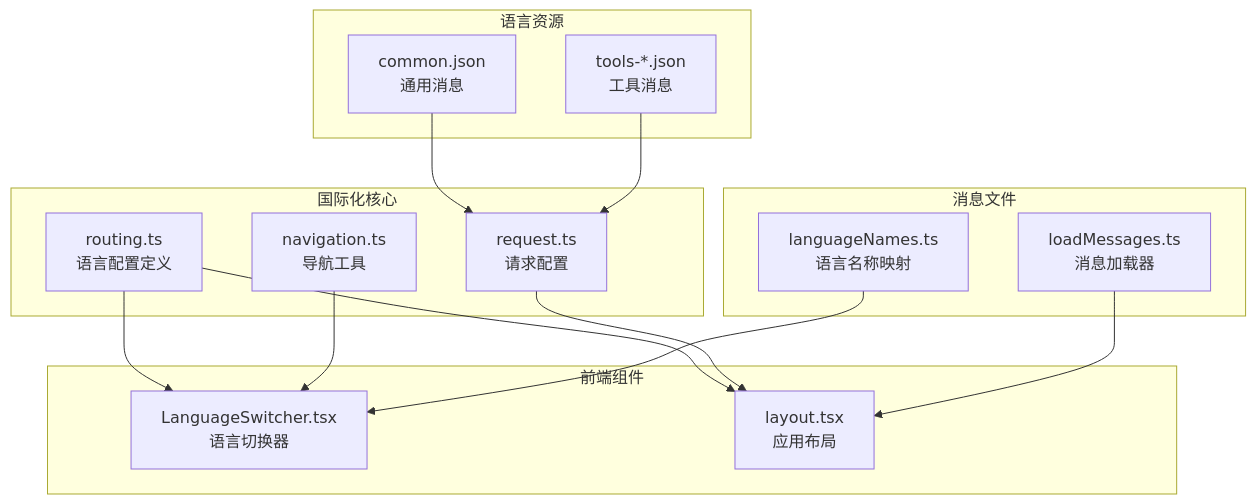
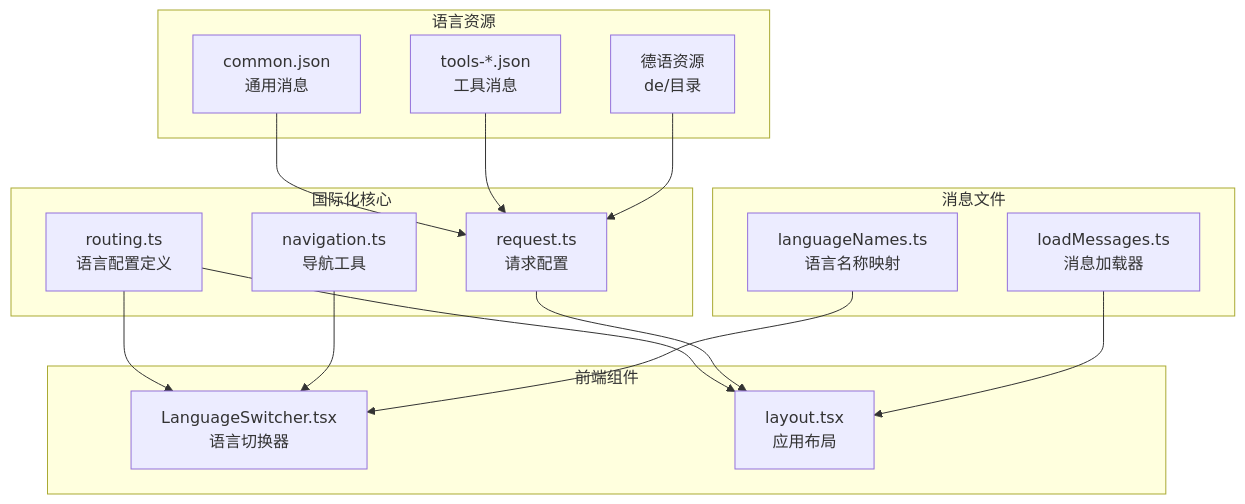
The first of 8 diagrams in .qoder/repowiki/zh/content/国际化实现/语言配置管理.md (sgyy/privadeck), drawn with Mermaid before and after one commit. The commit also changed other lines of this file and 10 other files, not shown here.

````diff
--- a/.qoder/repowiki/zh/content/国际化实现/语言配置管理.md
+++ b/.qoder/repowiki/zh/content/国际化实现/语言配置管理.md
@@ -39,28 +54,30 @@
 ```mermaid
 graph TB
 subgraph "国际化核心"
 A[routing.ts<br/>语言配置定义]
 B[navigation.ts<br/>导航工具]
 C[request.ts<br/>请求配置]
 end
 subgraph "前端组件"
 D[LanguageSwitcher.tsx<br/>语言切换器]
 E[layout.tsx<br/>应用布局]
 end
 subgraph "消息文件"
 F[languageNames.ts<br/>语言名称映射]
 G[loadMessages.ts<br/>消息加载器]
 end
 subgraph "语言资源"
 H[common.json<br/>通用消息]
 I[tools-*.json<br/>工具消息]
+J[德语资源<br/>de/目录]
 end
 A --> D
 A --> E
 B --> D
 C --> E
 F --> D
 G --> E
 H --> C
 I --> C
+J --> C
 ```
````
